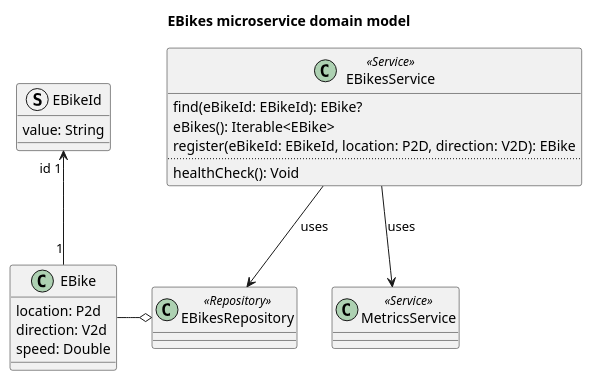
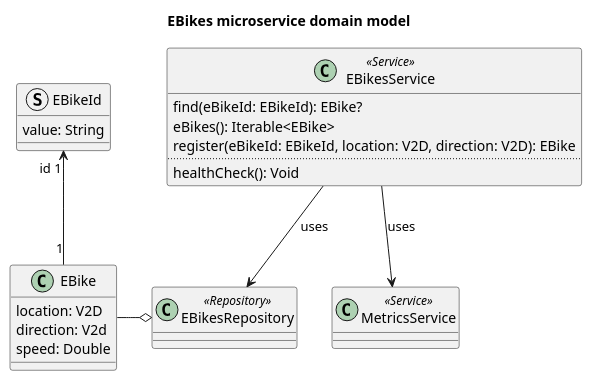
The diagram in doc/diagrams/src/ebikes-microservice-domain-model.puml (Ventus218/SAP-assignment-02), drawn with PlantUML before and after one commit. The commit also changed 11 other files, not shown here.

```diff
--- a/doc/diagrams/src/ebikes-microservice-domain-model.puml
+++ b/doc/diagrams/src/ebikes-microservice-domain-model.puml
@@ -1,31 +1,31 @@
 @startuml ebikes-microservice-domain-model
 
 title EBikes microservice domain model
 
 class EBike {
-    location: P2d
+    location: V2D
     direction: V2d
     speed: Double
 }
 struct EBikeId {
     value: String
 }
 EBike "1" -u-> "id 1" EBikeId
 
 class EBikesRepository <<Repository>> 
 EBikesRepository o-l- EBike
 
 class EBikesService <<Service>> {
     find(eBikeId: EBikeId): EBike?
     eBikes(): Iterable<EBike>
-    register(eBikeId: EBikeId, location: P2D, direction: V2D): EBike
+    register(eBikeId: EBikeId, location: V2D, direction: V2D): EBike
     ..
     healthCheck(): Void
 }
 
 EBikesService --> EBikesRepository : "uses"
 
 class MetricsService <<Service>>
 EBikesService --> MetricsService : "uses"
 
 @enduml
```
